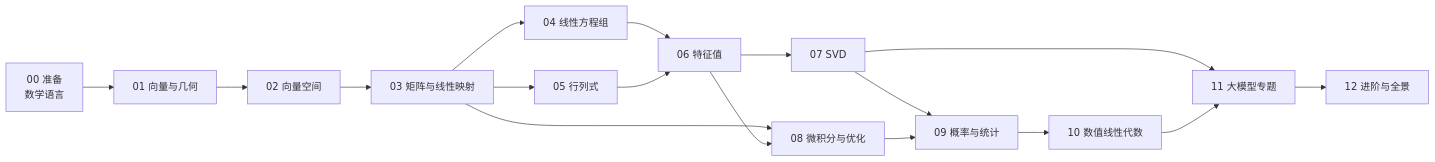
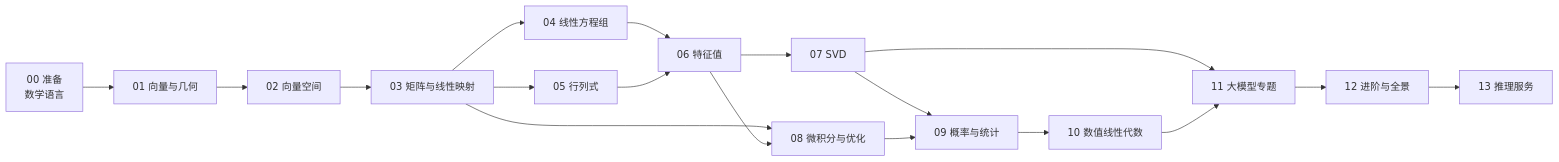
The diagram in README.md (kingfs/Linear-Algebra-to-LLM), drawn with Mermaid before and after one commit. The commit also changed other lines of this file and 12 other files, not shown here.

````diff
--- a/README.md
+++ b/README.md
@@ -58,19 +58,20 @@
 ```mermaid
 flowchart LR
     M00[00 准备<br/>数学语言] --> M01[01 向量与几何]
     M01 --> M02[02 向量空间]
     M02 --> M03[03 矩阵与线性映射]
     M03 --> M04[04 线性方程组]
     M03 --> M05[05 行列式]
     M04 --> M06[06 特征值]
     M05 --> M06
     M06 --> M07[07 SVD]
     M03 --> M08[08 微积分与优化]
     M06 --> M08
     M07 --> M09[09 概率与统计]
     M08 --> M09
     M09 --> M10[10 数值线性代数]
     M07 --> M11[11 大模型专题]
     M10 --> M11
     M11 --> M12[12 进阶与全景]
+    M12 --> M13[13 推理服务]
 ```
````
